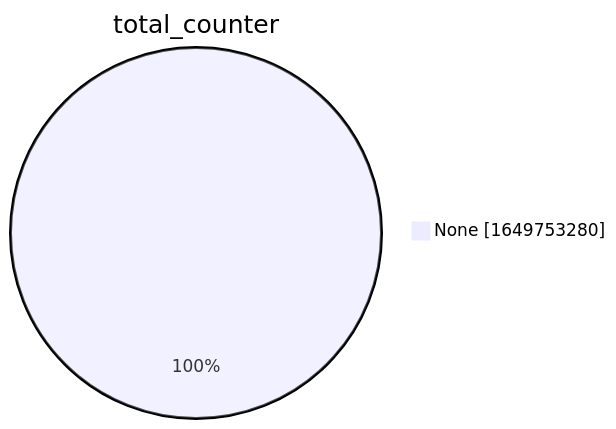
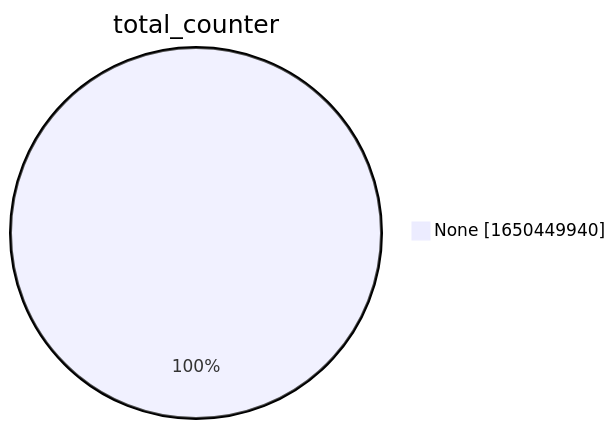
Before and after one commit to christiankrug/ctmonitor_visualization: the second of 15 diagrams in xenon2022/README.md, drawn with Mermaid. The commit also changed other lines of this file, not shown here.

````diff
--- a/xenon2022/README.md
+++ b/xenon2022/README.md
@@ -9,5 +9,5 @@
 ```mermaid
 pie showData
 title total_counter
-"None" :1649753280
+"None" :1650449940
 ```
````
